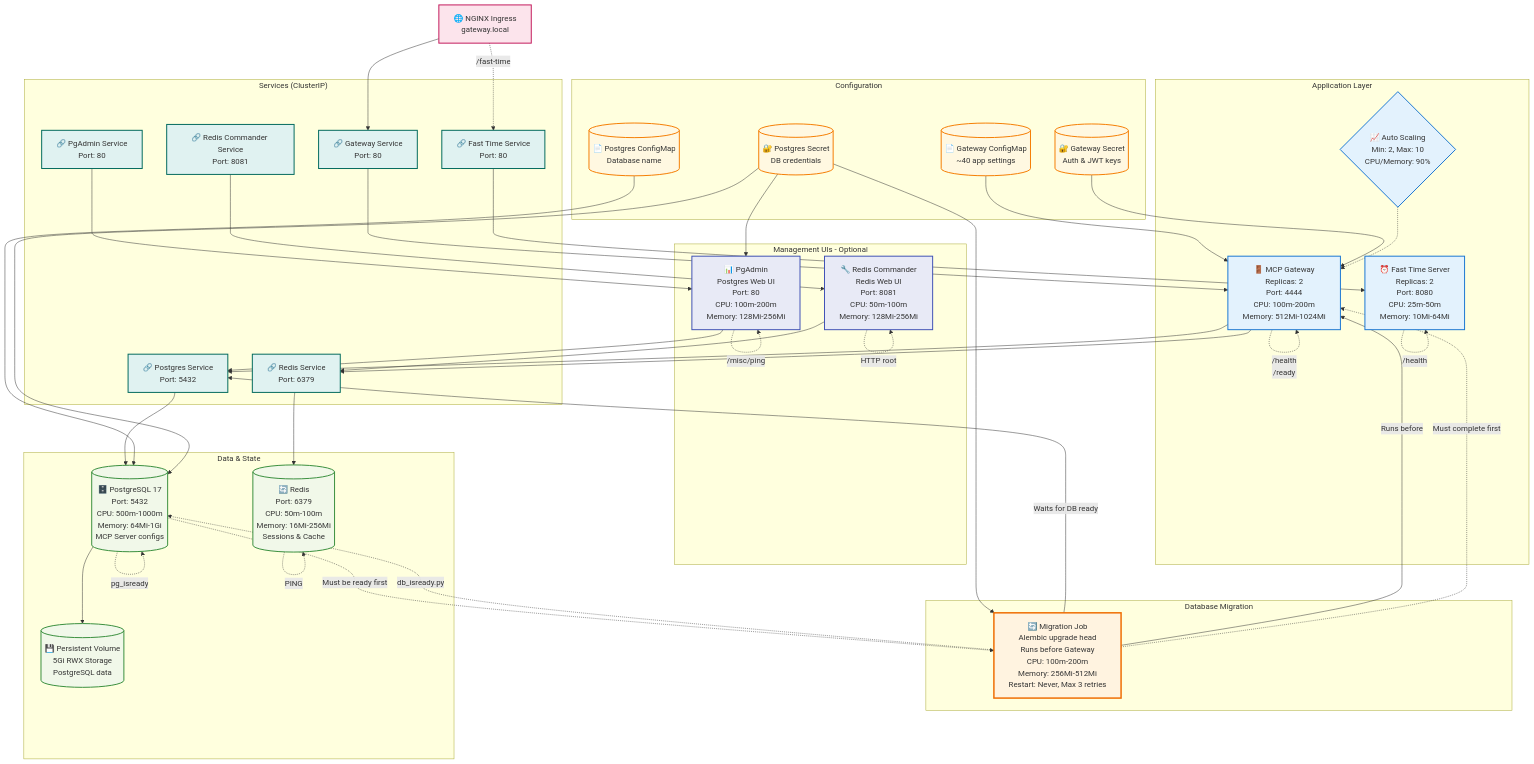
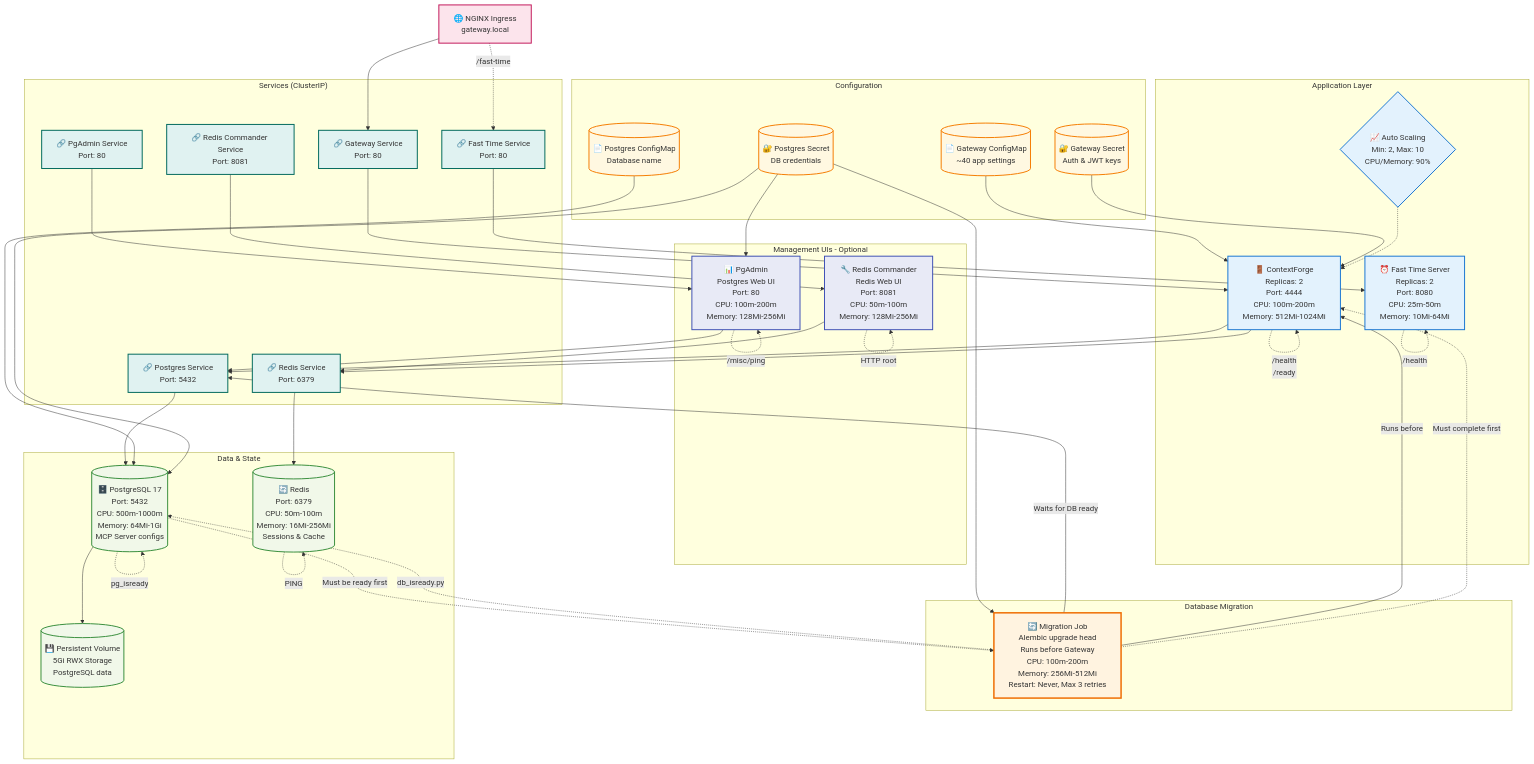
The diagram in charts/README.md (tedhabeck/mcp-context-forge), drawn with Mermaid before and after one commit. The commit also changed other lines of this file and 583 other files, not shown here.

First line of the commit message:
docs: rebrand to ContextForge AI Gateway (#3091)

```diff
--- a/charts/README.md
+++ b/charts/README.md
@@ -57,7 +57,7 @@
 
     %% Application Tier
     subgraph "Application Layer"
-        MCPGateway[🚪 MCP Gateway<br/>Replicas: 2<br/>Port: 4444<br/>CPU: 100m-200m<br/>Memory: 512Mi-1024Mi]
+        MCPGateway[🚪 ContextForge<br/>Replicas: 2<br/>Port: 4444<br/>CPU: 100m-200m<br/>Memory: 512Mi-1024Mi]
         FastTimeServer[⏰ Fast Time Server<br/>Replicas: 2<br/>Port: 8080<br/>CPU: 25m-50m<br/>Memory: 10Mi-64Mi]
         HPA{📈 Auto Scaling<br/>Min: 2, Max: 10<br/>CPU/Memory: 90%}
     end
```
